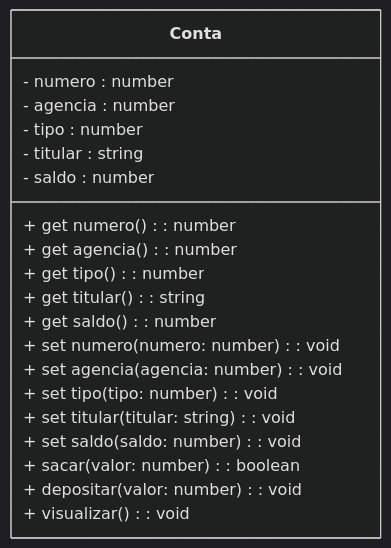
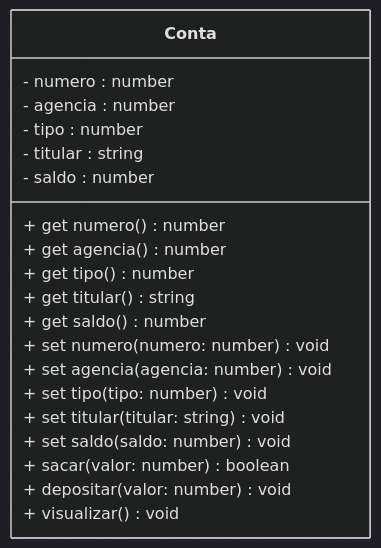
One commit to conteudoGeneration/cookbook_javascript changed the diagram in 01_javascript/pr03.md. Above: the diagram before and after it, drawn with Mermaid (dark theme). The commit also changed 16 other files, not shown here.

````diff
--- a/01_javascript/pr03.md
+++ b/01_javascript/pr03.md
@@ -9,24 +9,24 @@
 ```mermaid
 classDiagram
 class Conta {
   - numero : number
   - agencia : number
   - tipo : number
   - titular : string
   - saldo : number
-  + get numero(): number
-  + get agencia(): number
-  + get tipo(): number
-  + get titular(): string
-  + get saldo(): number
-  + set numero(numero: number): void
-  + set agencia(agencia: number): void
-  + set tipo(tipo: number): void
-  + set titular(titular: string): void
-  + set saldo(saldo: number): void
-  + sacar(valor: number): boolean
-  + depositar(valor: number): void
-  + visualizar(): void
+  + get numero() number
+  + get agencia() number
+  + get tipo() number
+  + get titular() string
+  + get saldo() number
+  + set numero(numero: number) void
+  + set agencia(agencia: number) void
+  + set tipo(tipo: number) void
+  + set titular(titular: string) void
+  + set saldo(saldo: number) void
+  + sacar(valor: number) boolean
+  + depositar(valor: number) void
+  + visualizar() void
 }
 
 ```
````
